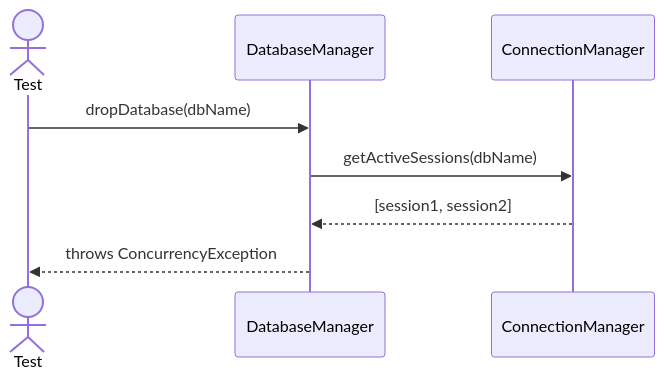
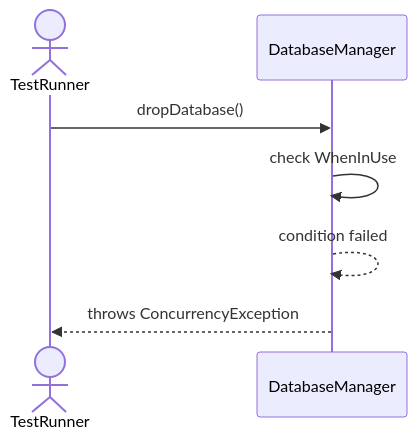
Before and after one commit to TamBui1706/DBMS: the fifth of 12 diagrams in Sequences/Core/DatabaseManager.md, drawn with Mermaid. The commit also changed other lines of this file and 63 other files, not shown here.

Commit message:
Draw sequence diagram for unit tests

````diff
--- a/Sequences/Core/DatabaseManager.md
+++ b/Sequences/Core/DatabaseManager.md
@@ -87,11 +67,9 @@
 ```mermaid
 sequenceDiagram
-    actor Test
+    actor TestRunner
     participant DatabaseManager
-    participant ConnectionManager
-
-    Test->>DatabaseManager: dropDatabase(dbName)
-    DatabaseManager->>ConnectionManager: getActiveSessions(dbName)
-    ConnectionManager-->>DatabaseManager: [session1, session2]
-    DatabaseManager-->>Test: throws ConcurrencyException
+    TestRunner->>DatabaseManager: dropDatabase()
+    DatabaseManager->>DatabaseManager: check WhenInUse
+    DatabaseManager-->>DatabaseManager: condition failed
+    DatabaseManager-->>TestRunner: throws ConcurrencyException
 ```
````
